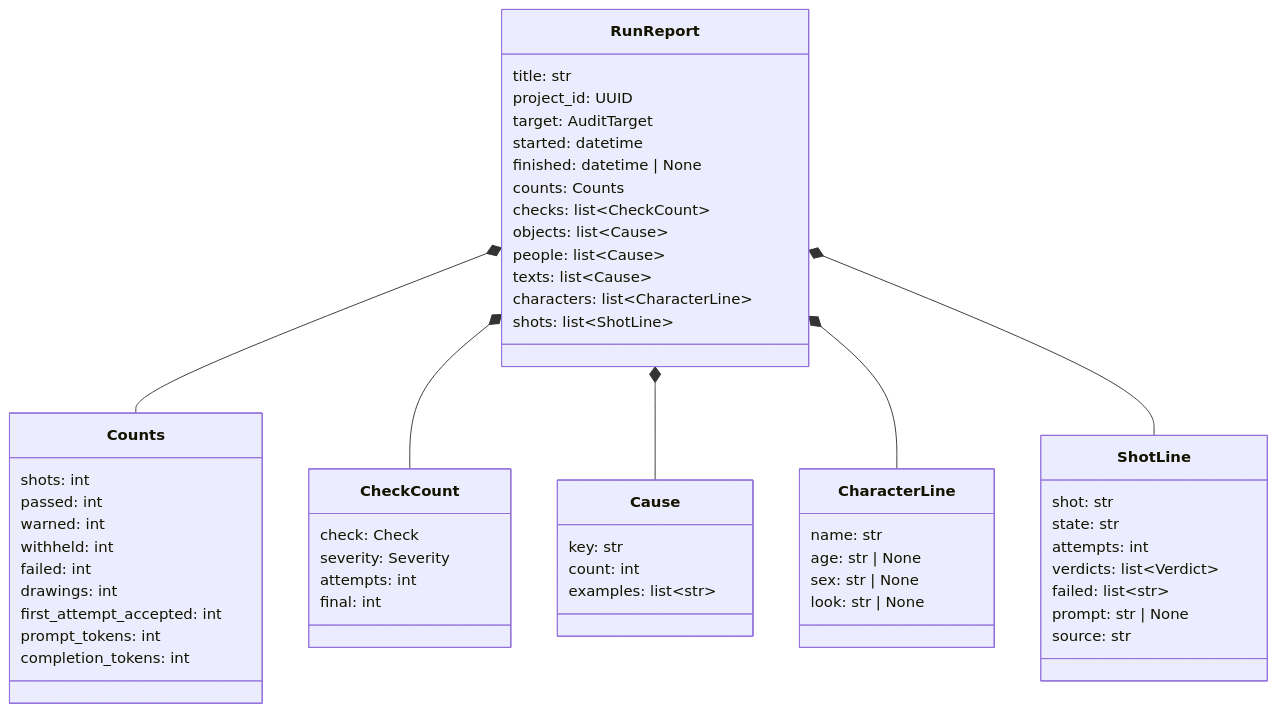
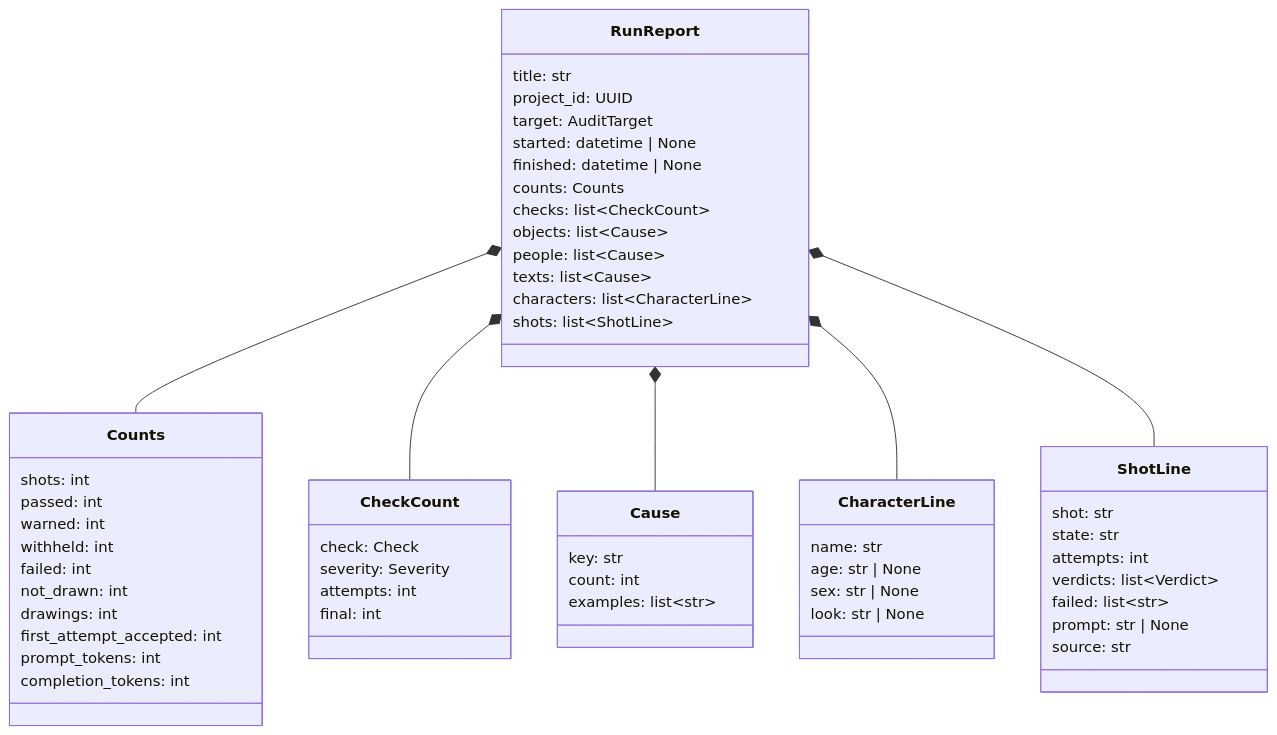
Before and after one commit to Katlego-tech/Panelwise: the first of 2 diagrams in docs/design/learning.md, drawn with Mermaid. The commit also changed other lines of this file, not shown here.

````diff
--- a/docs/design/learning.md
+++ b/docs/design/learning.md
@@ -39,59 +45,60 @@
 ```mermaid
 classDiagram
     class RunReport {
         title: str
         project_id: UUID
         target: AuditTarget
-        started: datetime
+        started: datetime | None
         finished: datetime | None
         counts: Counts
         checks: list~CheckCount~
         objects: list~Cause~
         people: list~Cause~
         texts: list~Cause~
         characters: list~CharacterLine~
         shots: list~ShotLine~
     }
     class Counts {
         shots: int
         passed: int
         warned: int
         withheld: int
         failed: int
+        not_drawn: int
         drawings: int
         first_attempt_accepted: int
         prompt_tokens: int
         completion_tokens: int
     }
     class CheckCount {
         check: Check
         severity: Severity
         attempts: int
         final: int
     }
     class Cause {
         key: str
         count: int
         examples: list~str~
     }
     class CharacterLine {
         name: str
         age: str | None
         sex: str | None
         look: str | None
     }
     class ShotLine {
         shot: str
         state: str
         attempts: int
         verdicts: list~Verdict~
         failed: list~str~
         prompt: str | None
         source: str
     }
     RunReport *-- Counts
     RunReport *-- CheckCount
     RunReport *-- Cause
     RunReport *-- CharacterLine
     RunReport *-- ShotLine
 ```
````
